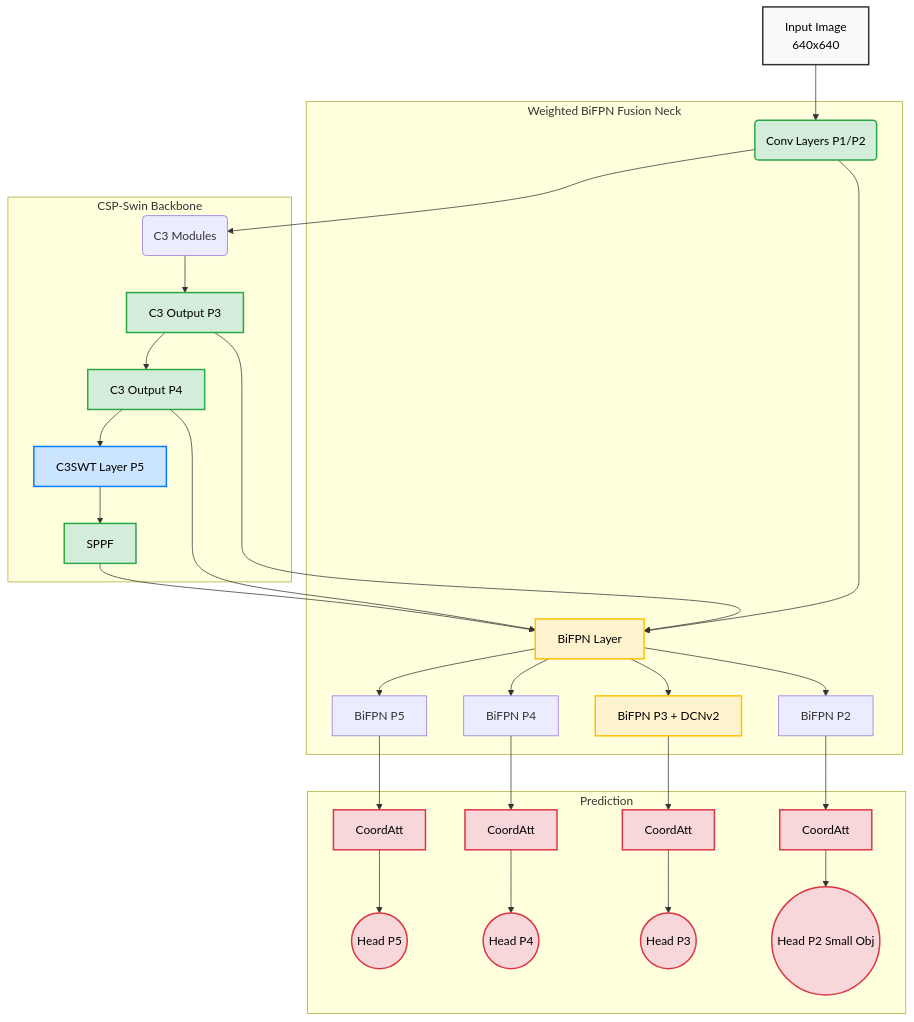
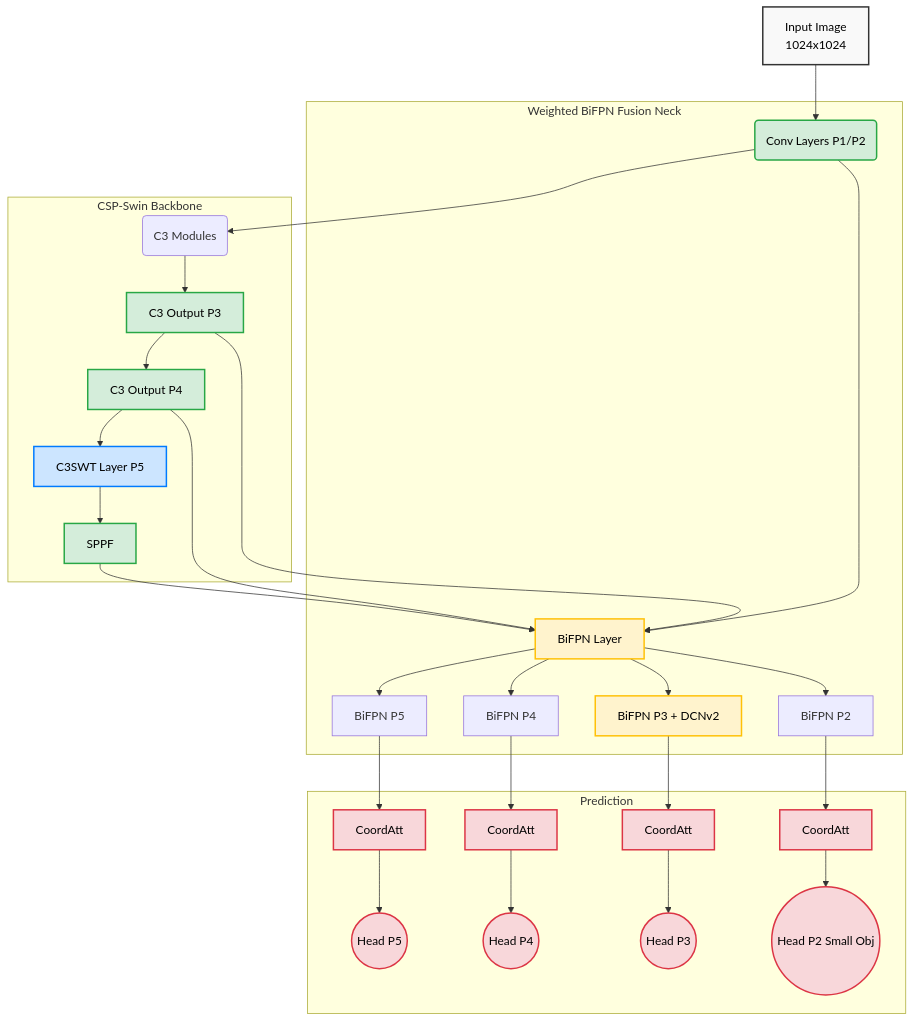
The diagram in README.md (Aditya3815/SwinYOLO), drawn with Mermaid before and after one commit.

Commit message:
Update input image size in README

````diff
--- a/README.md
+++ b/README.md
@@ -29,37 +29,37 @@
 ```mermaid
 graph TD
     classDef input fill:#f9f9f9,stroke:#333,stroke-width:2px,color:#000;
     classDef backbone fill:#d4edda,stroke:#28a745,stroke-width:2px,color:#000;
     classDef swin fill:#cce5ff,stroke:#007bff,stroke-width:2px,color:#000;
     classDef neck fill:#fff3cd,stroke:#ffc107,stroke-width:2px,color:#000;
     classDef head fill:#f8d7da,stroke:#dc3545,stroke-width:2px,color:#000;
     
-    A[Input Image<br/>640x640]:::input --> B(Conv Layers P1/P2):::backbone
+    A[Input Image<br/>1024x1024]:::input --> B(Conv Layers P1/P2):::backbone
     B --> C(C3 Modules)
     
     subgraph CSP-Swin Backbone
         C --> D[C3 Output P3]:::backbone
         D --> E[C3 Output P4]:::backbone
         E --> F[C3SWT Layer P5]:::swin
         F --> G[SPPF]:::backbone
     end
     
     subgraph Weighted BiFPN Fusion Neck
         G --> H1[BiFPN Layer]:::neck
         E --> H1
         D --> H1
         B --> H1
         
         H1 --> N1[BiFPN P5]
         H1 --> N2[BiFPN P4]
         H1 --> N3[BiFPN P3 + DCNv2]:::neck
         H1 --> N4[BiFPN P2]
     end
     
     subgraph Prediction
         N1 --> CA1[CoordAtt]:::head --> HD1((Head P5)):::head
         N2 --> CA2[CoordAtt]:::head --> HD2((Head P4)):::head
         N3 --> CA3[CoordAtt]:::head --> HD3((Head P3)):::head
         N4 --> CA4[CoordAtt]:::head --> HD4((Head P2 Small Obj)):::head
     end
 ```
````
